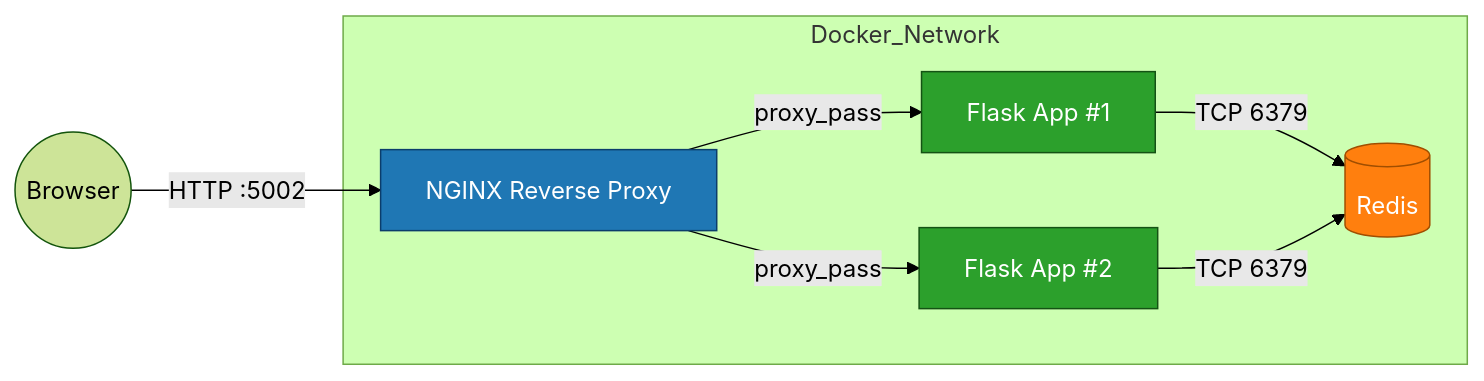
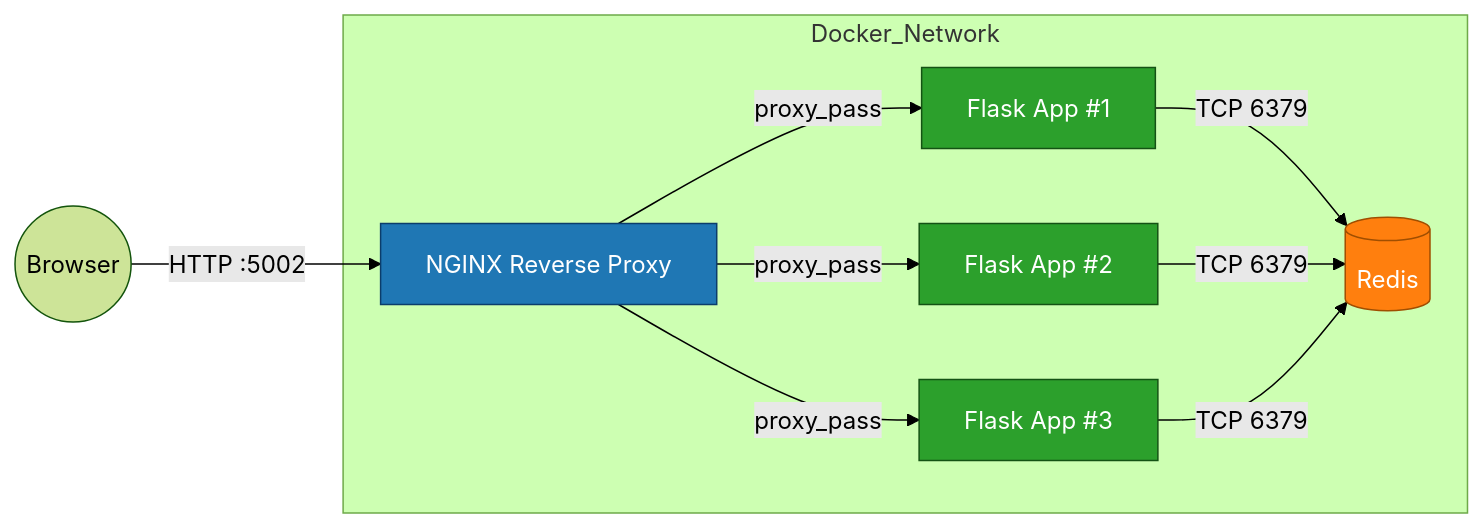
The diagram in Multi-Container-Project/README.md (yassinsuleiman/DevOps-Docker-Learning), drawn with Mermaid (forest theme) before and after one commit. The commit also changed other lines of this file, not shown here.

````diff
--- a/Multi-Container-Project/README.md
+++ b/Multi-Container-Project/README.md
@@ -20,18 +19,20 @@
 ```mermaid
 flowchart LR
     Browser((Browser)) -->|HTTP :5002| NGINX[NGINX Reverse Proxy]
     subgraph Docker_Network
       NGINX -->|proxy_pass| WEB1[Flask App #1]
       NGINX -->|proxy_pass| WEB2[Flask App #2]
+      NGINX -->|proxy_pass| WEB3[Flask App #3]
       WEB1 -->|TCP 6379| REDIS[(Redis)]
       WEB2 -->|TCP 6379| REDIS
+      WEB3 -->|TCP 6379| REDIS
     end
 
     classDef proxy fill:#1f77b4,stroke:#0b3d6b,color:#fff
     classDef app fill:#2ca02c,stroke:#145214,color:#fff
     classDef store fill:#ff7f0e,stroke:#a04e00,color:#fff
 
     class NGINX proxy
-    class WEB1,WEB2 app
+    class WEB1,WEB2,WEB3 app
     class REDIS store
 ```
````
